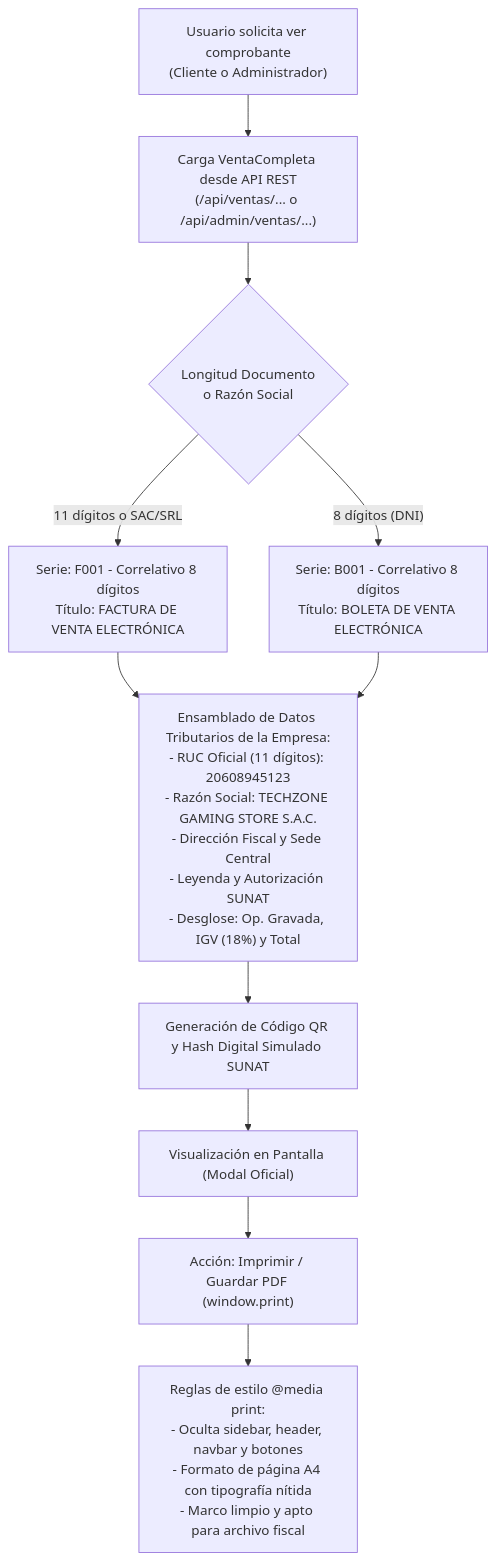
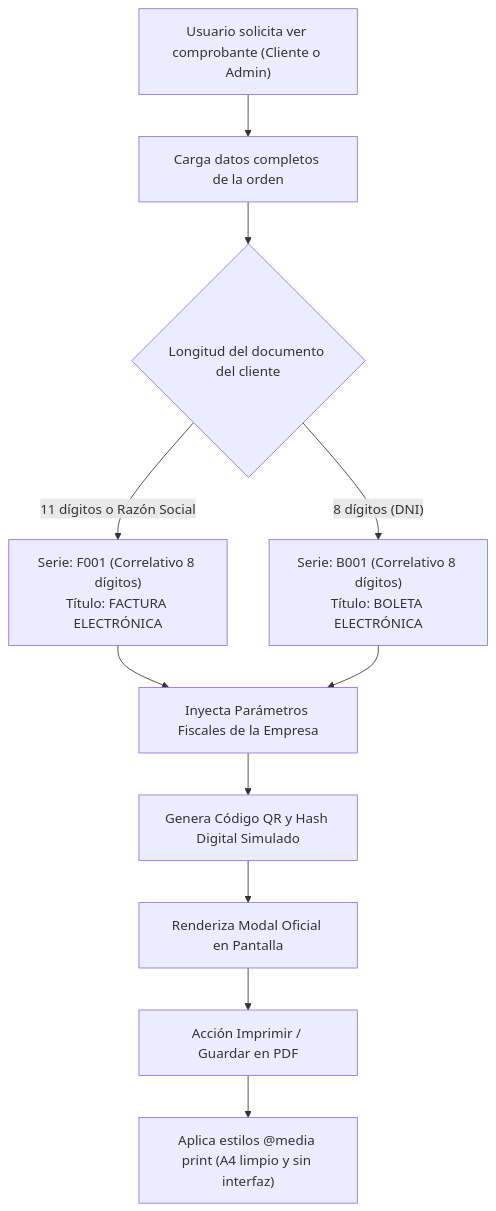
Before and after one commit to MrCarlos17A/TechZone: the fourth of 9 diagrams in README.md, drawn with Mermaid. The commit also changed other lines of this file, not shown here.

Commit message:
docs: correción de los diagramas del README

````diff
--- a/README.md
+++ b/README.md
@@ -216,17 +244,16 @@
 ```mermaid
 flowchart TD
-    TRIGGER["Usuario solicita ver comprobante<br/>(Cliente o Administrador)"] --> FETCH["Carga VentaCompleta desde API REST<br/>(/api/ventas/... o /api/admin/ventas/...)"]
+    REQ["Usuario solicita ver comprobante (Cliente o Admin)"] --> LOAD["Carga datos completos de la orden"]
     
-    FETCH --> VALIDATE{"Longitud Documento<br/>o Razón Social"}
-    VALIDATE -- "11 dígitos o SAC/SRL" --> FACTURA["Serie: F001 - Correlativo 8 dígitos<br/>Título: FACTURA DE VENTA ELECTRÓNICA"]
-    VALIDATE -- "8 dígitos (DNI)" --> BOLETA["Serie: B001 - Correlativo 8 dígitos<br/>Título: BOLETA DE VENTA ELECTRÓNICA"]
+    LOAD --> EVAL{"Longitud del documento del cliente"}
+    EVAL -- "11 dígitos o Razón Social" --> FACTURA["Serie: F001 (Correlativo 8 dígitos)<br/>Título: FACTURA ELECTRÓNICA"]
+    EVAL -- "8 dígitos (DNI)" --> BOLETA["Serie: B001 (Correlativo 8 dígitos)<br/>Título: BOLETA ELECTRÓNICA"]
     
-    FACTURA --> ASSEMBLE["Ensamblado de Datos Tributarios de la Empresa:<br/>- RUC Oficial (11 dígitos): 20608945123<br/>- Razón Social: TECHZONE GAMING STORE S.A.C.<br/>- Dirección Fiscal y Sede Central<br/>- Leyenda y Autorización SUNAT<br/>- Desglose: Op. Gravada, IGV (18%) y Total"]
-    BOLETA --> ASSEMBLE
+    FACTURA --> PARAMS["Inyecta Parámetros Fiscales de la Empresa"]
+    BOLETA --> PARAMS
     
-    ASSEMBLE --> SEC["Generación de Código QR y Hash Digital Simulado SUNAT"]
-    SEC --> MODAL["Visualización en Pantalla (Modal Oficial)"]
-    
-    MODAL --> PRINT["Acción: Imprimir / Guardar PDF (window.print)"]
-    PRINT --> CSS["Reglas de estilo @media print:<br/>- Oculta sidebar, header, navbar y botones<br/>- Formato de página A4 con tipografía nítida<br/>- Marco limpio y apto para archivo fiscal"]
+    PARAMS --> HASH["Genera Código QR y Hash Digital Simulado"]
+    HASH --> MODAL["Renderiza Modal Oficial en Pantalla"]
+    MODAL --> PRINT["Acción Imprimir / Guardar en PDF"]
+    PRINT --> CSS_PRINT["Aplica estilos @media print (A4 limpio y sin interfaz)"]
 ```
````
